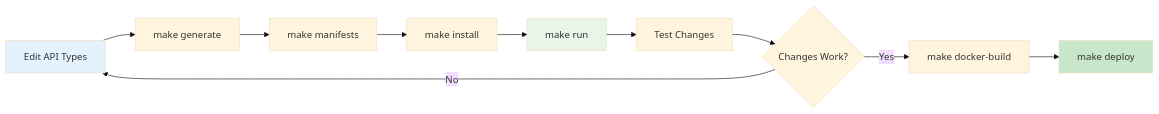
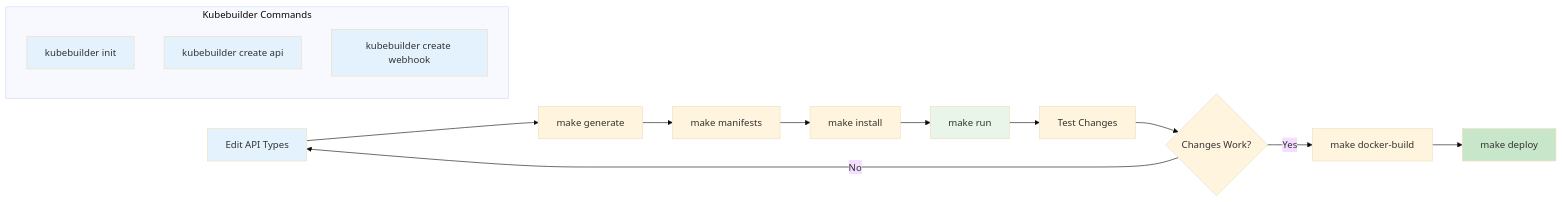
The fifth of 5 diagrams in operator-example/README.md (liweinan/k8s-example), drawn with Mermaid (base theme) before and after one commit. The commit also changed other lines of this file, not shown here.

````diff
--- a/operator-example/README.md
+++ b/operator-example/README.md
@@ -244,16 +294,25 @@
 ```mermaid
 graph LR
     A[Edit API Types] --> B[make generate]
     B --> C[make manifests]
     C --> D[make install]
     D --> E[make run]
     E --> F[Test Changes]
     F --> G{Changes Work?}
     G -->|No| A
     G -->|Yes| H[make docker-build]
     H --> I[make deploy]
     
+    subgraph "Kubebuilder Commands"
+        J[kubebuilder init]
+        K[kubebuilder create api]
+        L[kubebuilder create webhook]
+    end
+    
     style A fill:#e3f2fd
     style E fill:#e8f5e8
     style I fill:#c8e6c9
+    style J fill:#e3f2fd
+    style K fill:#e3f2fd
+    style L fill:#e3f2fd
 ```
````
